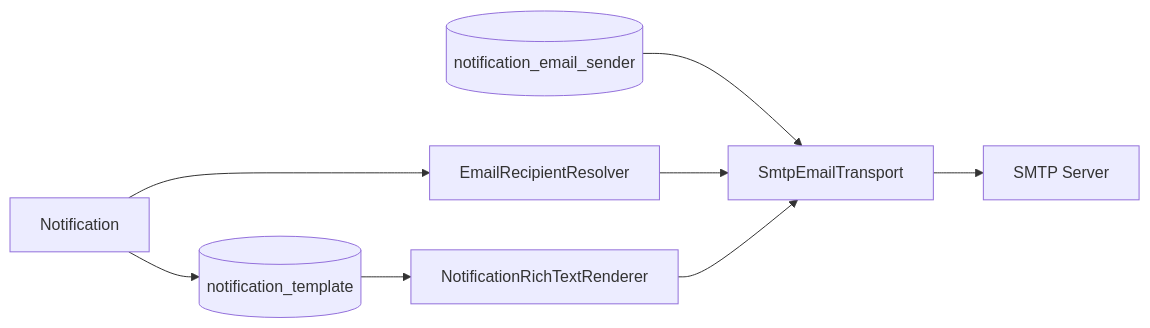
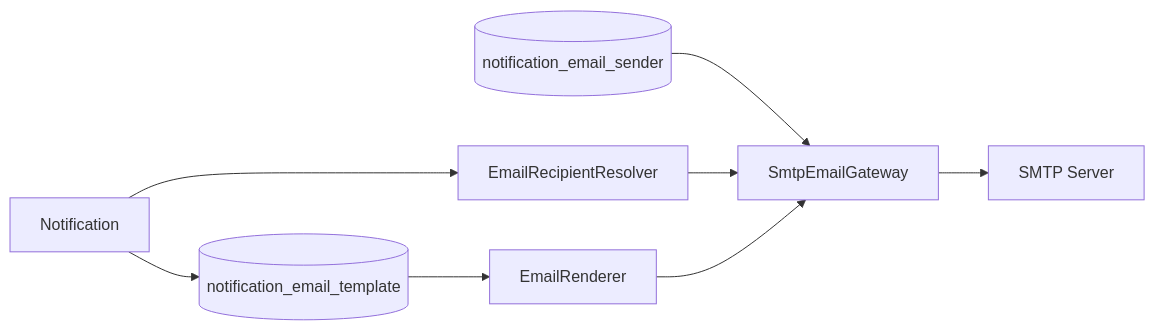
The third of 3 diagrams in docs/tutorials/messaging-and-notification.md (SH-XiaoXiu/sca4d-j), drawn with Mermaid before and after one commit. The commit also changed other lines of this file and 3775 other files, not shown here.

````diff
--- a/docs/tutorials/messaging-and-notification.md
+++ b/docs/tutorials/messaging-and-notification.md
@@ -134,16 +274,16 @@
 ```mermaid
 flowchart LR
     Notification[Notification]
     Resolver[EmailRecipientResolver]
-    Template[(notification_template)]
+    Template[(notification_email_template)]
     Sender[(notification_email_sender)]
-    Renderer[NotificationRichTextRenderer]
-    Transport[SmtpEmailTransport]
+    Renderer[EmailRenderer]
+    Transport[SmtpEmailGateway]
     Server[SMTP Server]
 
     Notification --> Resolver
     Notification --> Template --> Renderer
     Sender --> Transport
     Resolver --> Transport
     Renderer --> Transport --> Server
 ```
````
